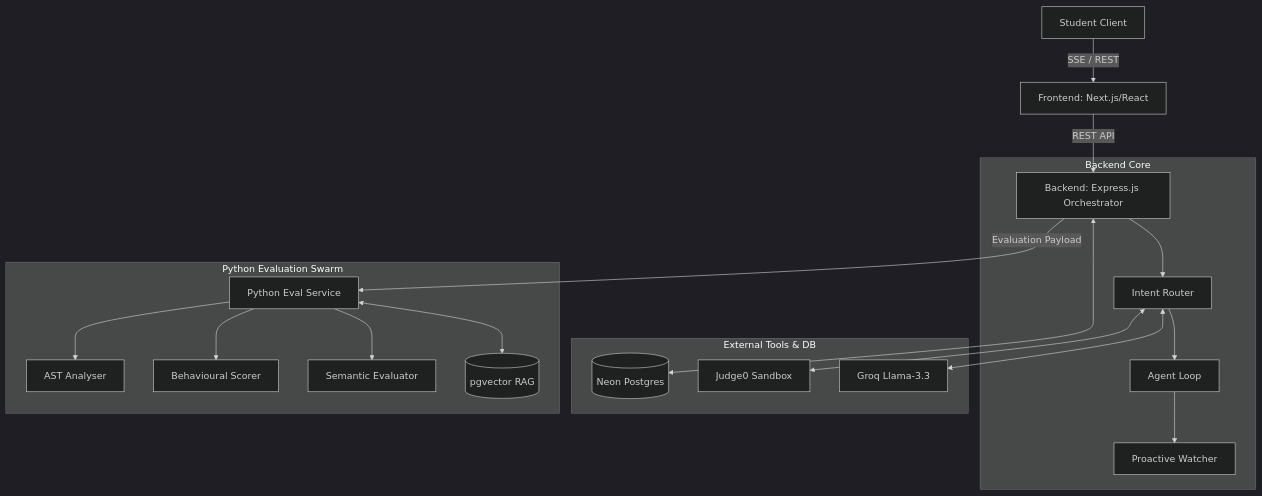
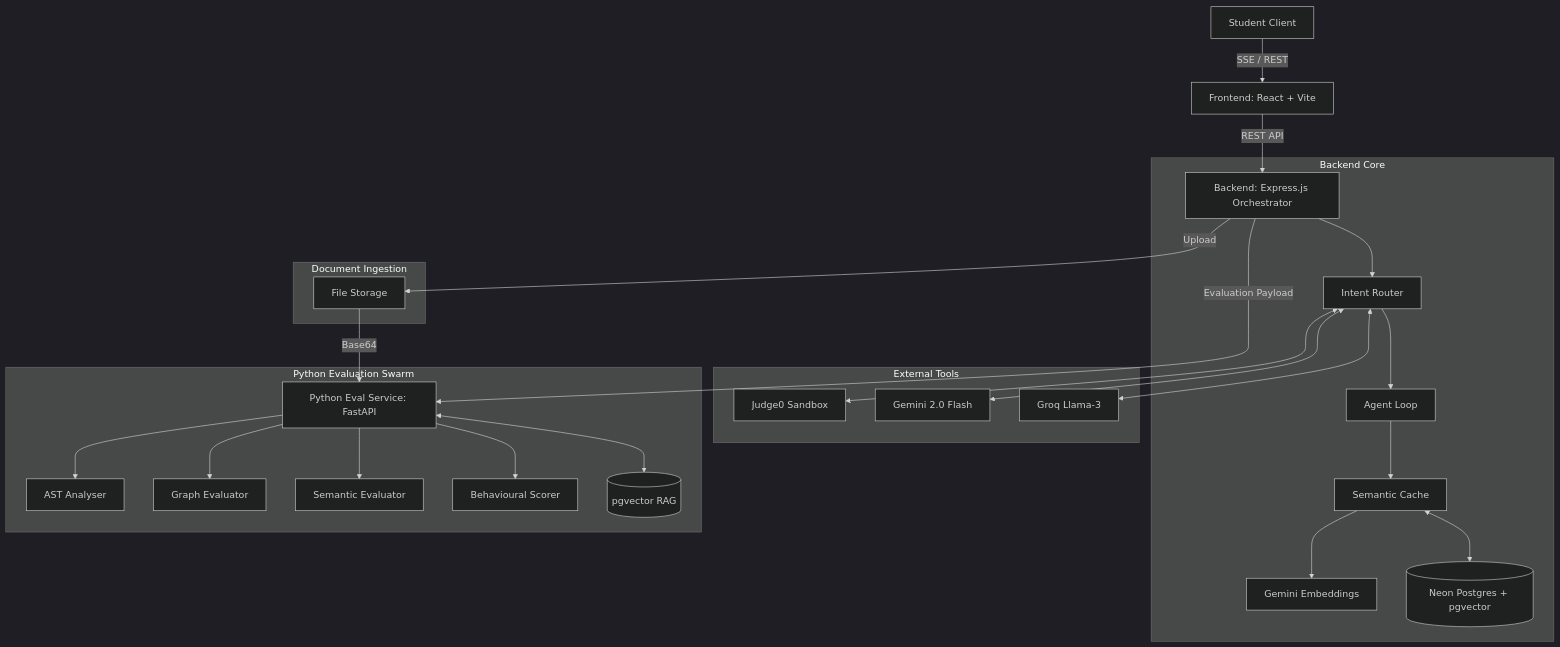
The diagram in README.md (ankannayek/simexam-ai), drawn with Mermaid (dark theme) before and after one commit. The commit also changed other lines of this file and 14 other files, not shown here.

````diff
--- a/README.md
+++ b/README.md
@@ -37,25 +37,33 @@
 ```mermaid
 graph TD
-    Client[Student Client] -->|SSE / REST| NextJS[Frontend: Next.js/React]
-    NextJS -->|REST API| NodeBackend[Backend: Express.js Orchestrator]
+    Client[Student Client] -->|SSE / REST| Frontend[Frontend: React + Vite]
+    Frontend -->|REST API| NodeBackend[Backend: Express.js Orchestrator]
     
     subgraph Backend Core
         NodeBackend --> IntentRouter[Intent Router]
         IntentRouter --> AgentLoop[Agent Loop]
-        AgentLoop --> ProactiveWatcher[Proactive Watcher]
+        AgentLoop --> SemanticCache[Semantic Cache]
+        SemanticCache --> Embeddings[Gemini Embeddings]
+        SemanticCache <--> DB[(Neon Postgres + pgvector)]
     end
     
-    subgraph External Tools & DB
-        NodeBackend <--> DB[(Neon Postgres)]
+    subgraph External Tools
         IntentRouter <--> Judge0[Judge0 Sandbox]
-        IntentRouter <--> Groq[Groq Llama-3.3]
+        IntentRouter <--> Gemini[Gemini 2.0 Flash]
+        IntentRouter <--> Groq[Groq Llama-3]
     end
     
     subgraph Python Evaluation Swarm
-        NodeBackend -->|Evaluation Payload| FastAPI[Python Eval Service]
+        NodeBackend -->|Evaluation Payload| FastAPI[Python Eval Service: FastAPI]
         FastAPI --> AST[AST Analyser]
+        FastAPI --> GraphEval[Graph Evaluator]
+        FastAPI --> SemanticEval[Semantic Evaluator]
         FastAPI --> Behavioural[Behavioural Scorer]
-        FastAPI --> Semantic[Semantic Evaluator]
         FastAPI <--> pgvector[(pgvector RAG)]
     end
+    
+    subgraph Document Ingestion
+        NodeBackend -->|Upload| Uploads[File Storage]
+        Uploads -->|Base64| FastAPI
+    end
 ```
````
